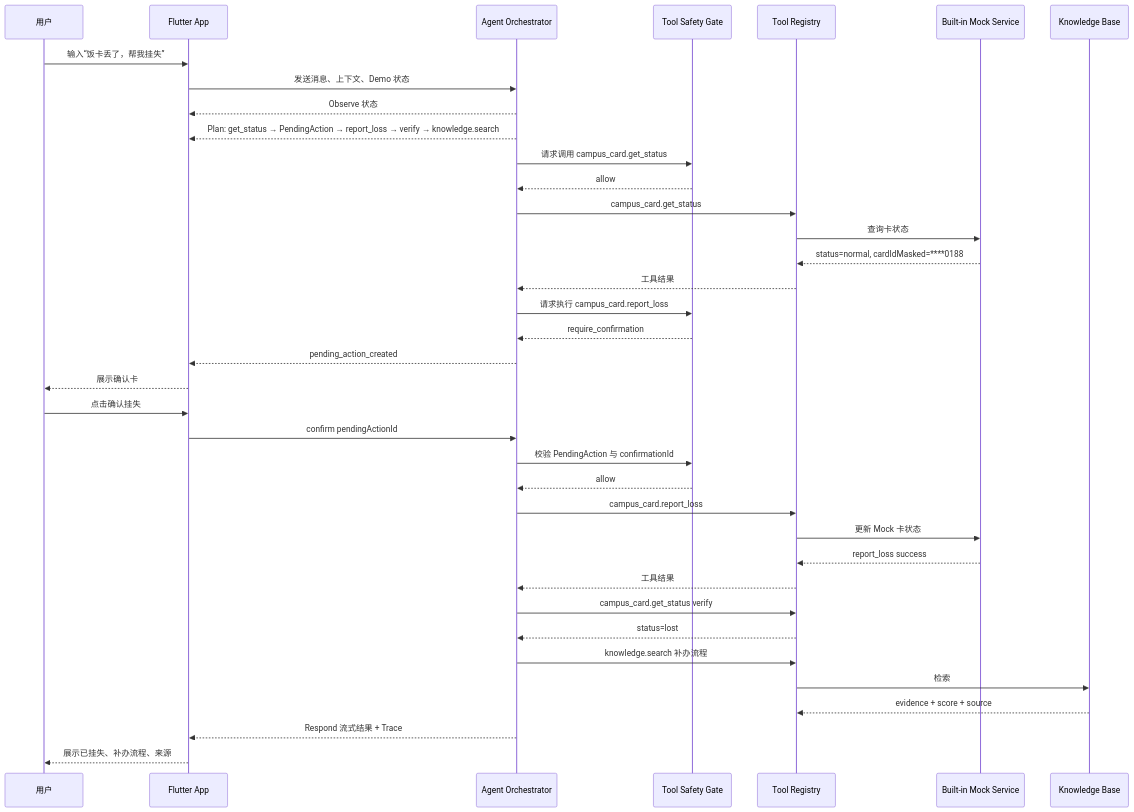
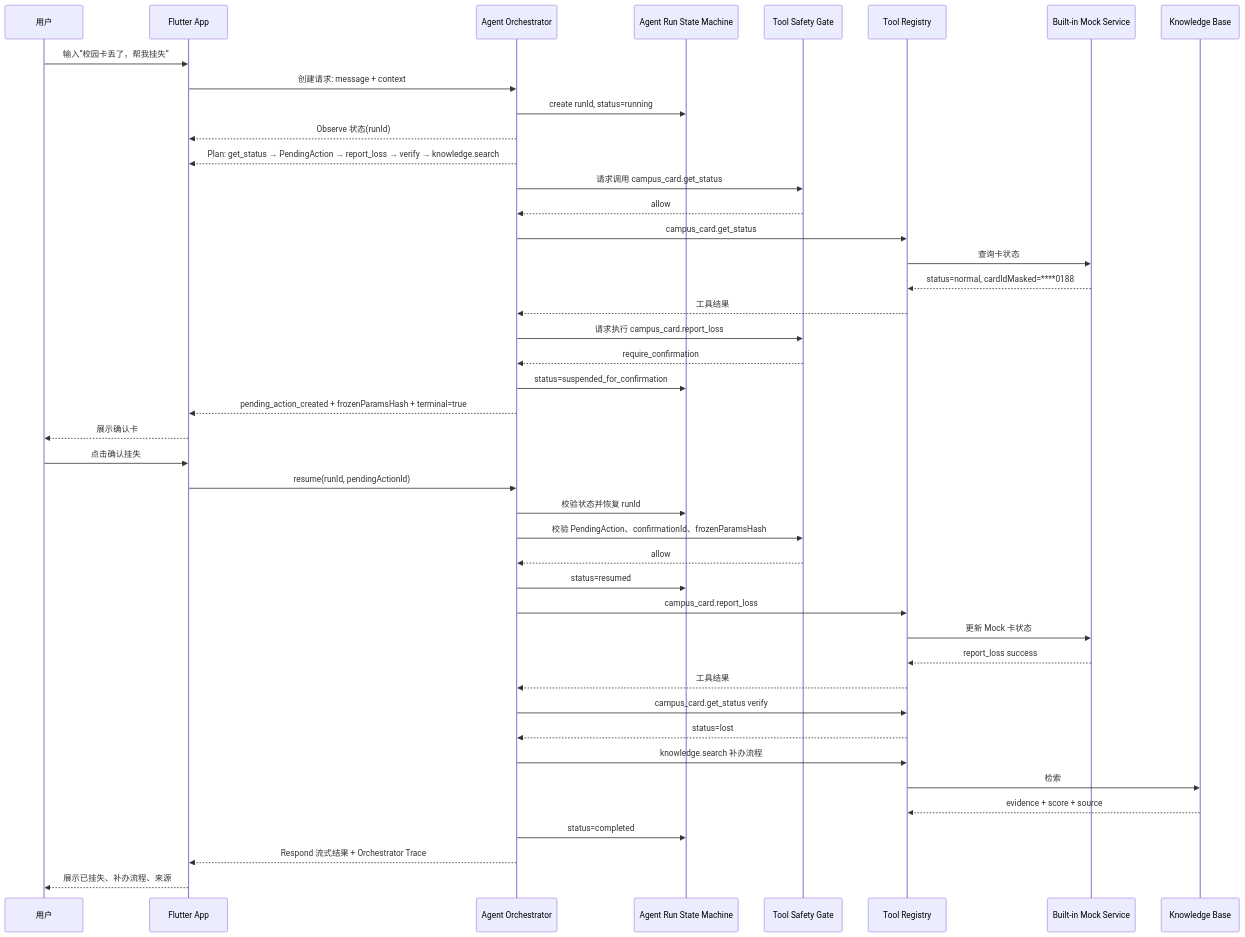
One commit to sotice/campus--agent changed the second of 3 diagrams in docs/PRD.md. Above: the diagram before and after it, drawn with Mermaid. The commit also changed other lines of this file and 7 other files, not shown here.

````diff
--- a/docs/PRD.md
+++ b/docs/PRD.md
@@ -222,44 +222,51 @@
 ```mermaid
 sequenceDiagram
     participant U as 用户
     participant APP as Flutter App
     participant AG as Agent Orchestrator
+    participant RUN as Agent Run State Machine
     participant SG as Tool Safety Gate
     participant T as Tool Registry
     participant DATA as Built-in Mock Service
     participant KB as Knowledge Base
 
-    U->>APP: 输入“饭卡丢了，帮我挂失”
-    APP->>AG: 发送消息、上下文、Demo 状态
-    AG-->>APP: Observe 状态
+    U->>APP: 输入“校园卡丢了，帮我挂失”
+    APP->>AG: 创建请求: message + context
+    AG->>RUN: create runId, status=running
+    AG-->>APP: Observe 状态(runId)
     AG-->>APP: Plan: get_status → PendingAction → report_loss → verify → knowledge.search
 
     AG->>SG: 请求调用 campus_card.get_status
     SG-->>AG: allow
     AG->>T: campus_card.get_status
     T->>DATA: 查询卡状态
     DATA-->>T: status=normal, cardIdMasked=****0188
     T-->>AG: 工具结果
 
     AG->>SG: 请求执行 campus_card.report_loss
     SG-->>AG: require_confirmation
-    AG-->>APP: pending_action_created
+    AG->>RUN: status=suspended_for_confirmation
+    AG-->>APP: pending_action_created + frozenParamsHash + terminal=true
     APP-->>U: 展示确认卡
+
     U->>APP: 点击确认挂失
-    APP->>AG: confirm pendingActionId
-    AG->>SG: 校验 PendingAction 与 confirmationId
+    APP->>AG: resume(runId, pendingActionId)
+    AG->>RUN: 校验状态并恢复 runId
+    AG->>SG: 校验 PendingAction、confirmationId、frozenParamsHash
     SG-->>AG: allow
+    AG->>RUN: status=resumed
 
     AG->>T: campus_card.report_loss
     T->>DATA: 更新 Mock 卡状态
     DATA-->>T: report_loss success
     T-->>AG: 工具结果
 
     AG->>T: campus_card.get_status verify
     T-->>AG: status=lost
     AG->>T: knowledge.search 补办流程
     T->>KB: 检索
     KB-->>T: evidence + score + source
-    AG-->>APP: Respond 流式结果 + Trace
+    AG->>RUN: status=completed
+    AG-->>APP: Respond 流式结果 + Orchestrator Trace
     APP-->>U: 展示已挂失、补办流程、来源
 ```
````
